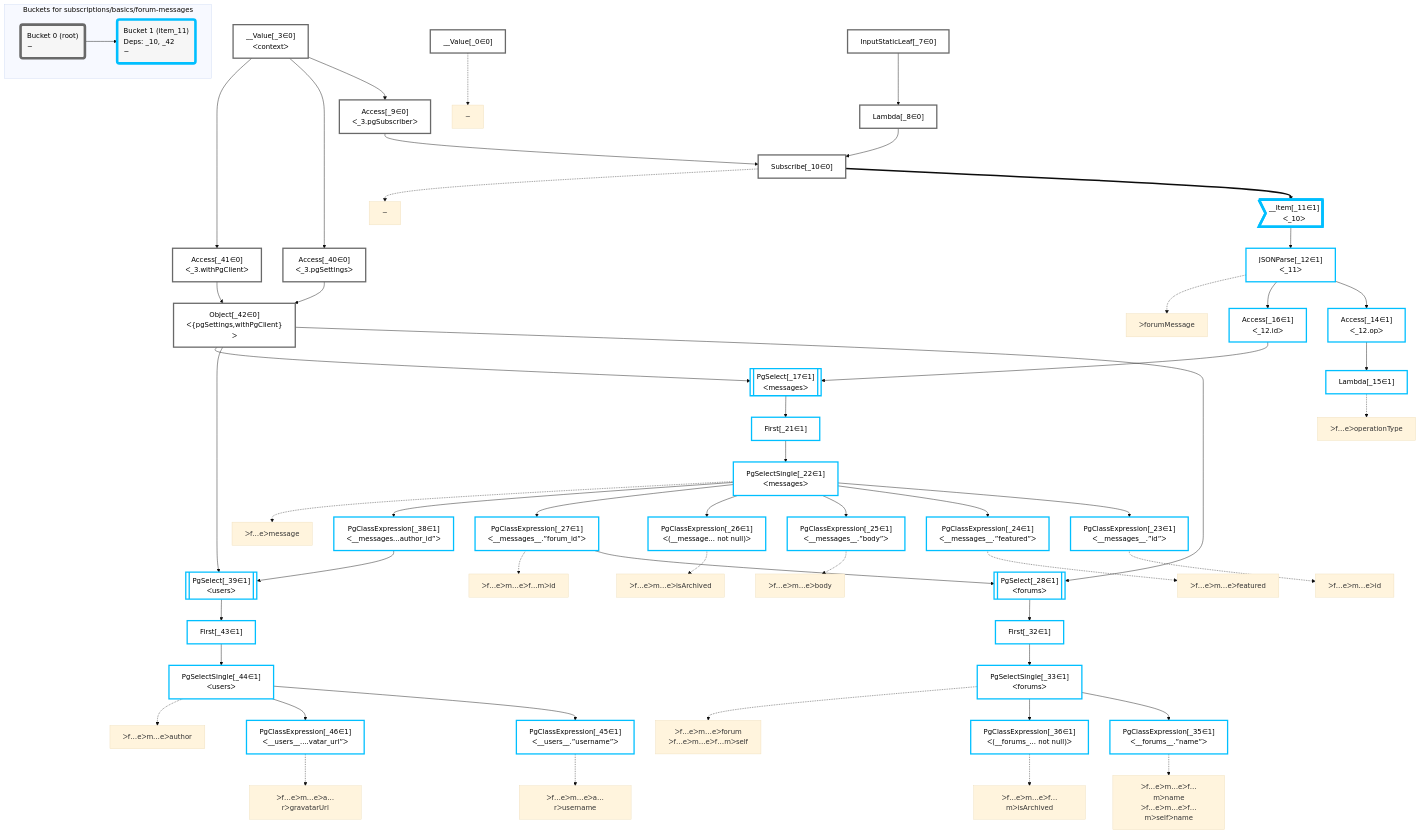
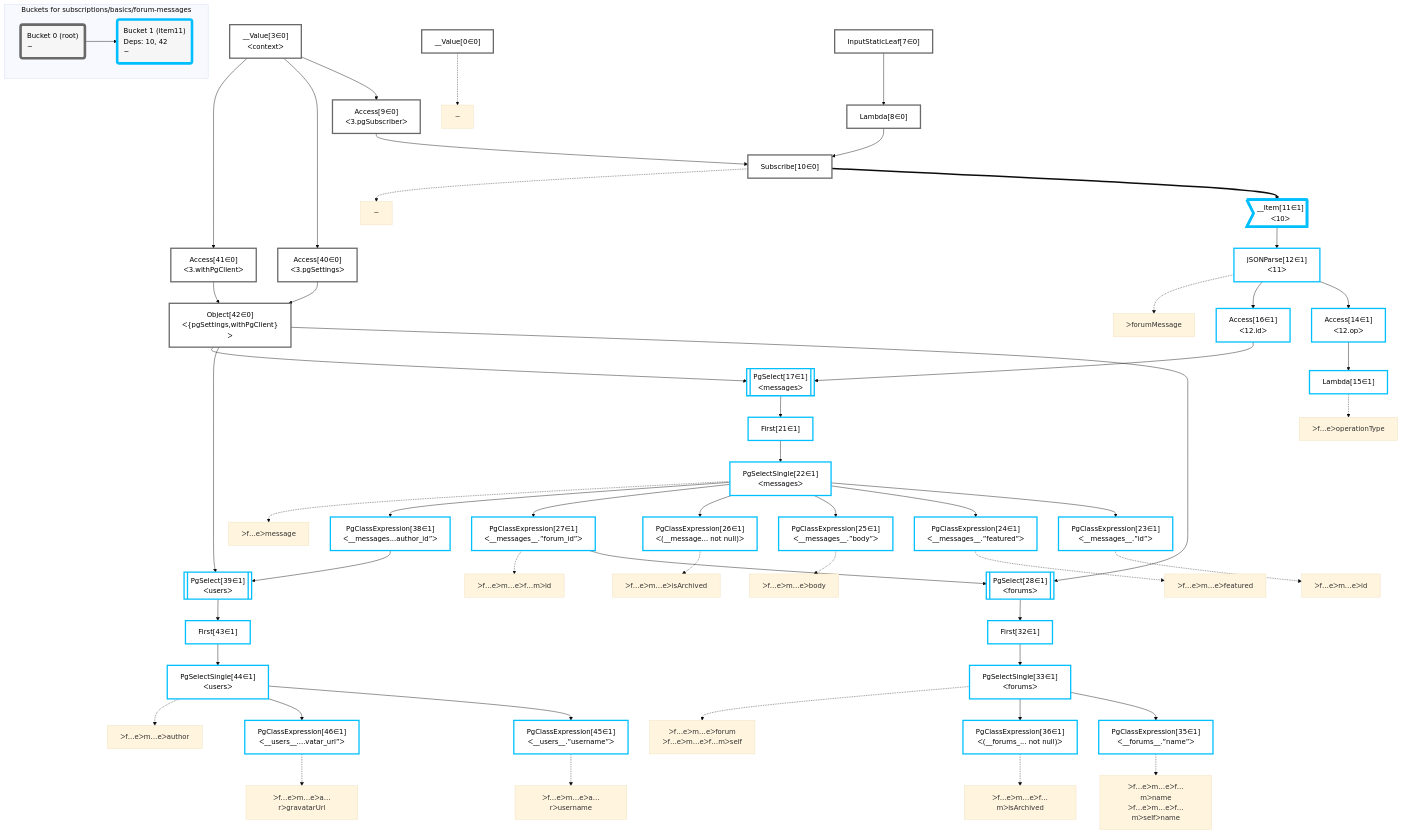
The diagram in packages/dataplan-pg/__tests__/subscriptions/basics/forum-messages.deopt.mermaid.md (graphile/crystal), drawn with Mermaid (base theme) before and after one commit. The commit also changed 195 other files, not shown here.

````diff
--- a/packages/dataplan-pg/__tests__/subscriptions/basics/forum-messages.deopt.mermaid.md
+++ b/packages/dataplan-pg/__tests__/subscriptions/basics/forum-messages.deopt.mermaid.md
@@ -8,113 +8,113 @@
 
 
     %% define plans
-    __Value_0["__Value[_0∈0]"]:::plan
-    Lambda_15["Lambda[_15∈1]"]:::plan
-    Access_14["Access[_14∈1]<br />ᐸ_12.opᐳ"]:::plan
-    PgClassExpression_23["PgClassExpression[_23∈1]<br />ᐸ__messages__.”id”ᐳ"]:::plan
-    PgClassExpression_24["PgClassExpression[_24∈1]<br />ᐸ__messages__.”featured”ᐳ"]:::plan
-    PgClassExpression_25["PgClassExpression[_25∈1]<br />ᐸ__messages__.”body”ᐳ"]:::plan
-    PgClassExpression_26["PgClassExpression[_26∈1]<br />ᐸ(__message... not null)ᐳ"]:::plan
-    PgClassExpression_35["PgClassExpression[_35∈1]<br />ᐸ__forums__.”name”ᐳ"]:::plan
-    PgClassExpression_36["PgClassExpression[_36∈1]<br />ᐸ(__forums_... not null)ᐳ"]:::plan
-    PgSelectSingle_33["PgSelectSingle[_33∈1]<br />ᐸforumsᐳ"]:::plan
-    First_32["First[_32∈1]"]:::plan
-    PgSelect_28[["PgSelect[_28∈1]<br />ᐸforumsᐳ"]]:::plan
-    PgClassExpression_27["PgClassExpression[_27∈1]<br />ᐸ__messages__.”forum_id”ᐳ"]:::plan
-    PgClassExpression_45["PgClassExpression[_45∈1]<br />ᐸ__users__.”username”ᐳ"]:::plan
-    PgClassExpression_46["PgClassExpression[_46∈1]<br />ᐸ__users__....vatar_url”ᐳ"]:::plan
-    PgSelectSingle_44["PgSelectSingle[_44∈1]<br />ᐸusersᐳ"]:::plan
-    First_43["First[_43∈1]"]:::plan
-    PgSelect_39[["PgSelect[_39∈1]<br />ᐸusersᐳ"]]:::plan
-    PgClassExpression_38["PgClassExpression[_38∈1]<br />ᐸ__messages...author_id”ᐳ"]:::plan
-    PgSelectSingle_22["PgSelectSingle[_22∈1]<br />ᐸmessagesᐳ"]:::plan
-    First_21["First[_21∈1]"]:::plan
-    PgSelect_17[["PgSelect[_17∈1]<br />ᐸmessagesᐳ"]]:::plan
-    Access_16["Access[_16∈1]<br />ᐸ_12.idᐳ"]:::plan
-    JSONParse_12["JSONParse[_12∈1]<br />ᐸ_11ᐳ"]:::plan
-    __Item_11>"__Item[_11∈1]<br />ᐸ_10ᐳ"]:::itemplan
-    Subscribe_10["Subscribe[_10∈0]"]:::plan
-    Access_9["Access[_9∈0]<br />ᐸ_3.pgSubscriberᐳ"]:::plan
-    Object_42["Object[_42∈0]<br />ᐸ{pgSettings,withPgClient}ᐳ"]:::plan
-    Access_40["Access[_40∈0]<br />ᐸ_3.pgSettingsᐳ"]:::plan
-    Access_41["Access[_41∈0]<br />ᐸ_3.withPgClientᐳ"]:::plan
-    __Value_3["__Value[_3∈0]<br />ᐸcontextᐳ"]:::plan
-    Lambda_8["Lambda[_8∈0]"]:::plan
-    InputStaticLeaf_7["InputStaticLeaf[_7∈0]"]:::plan
+    __Value0["__Value[0∈0]"]:::plan
+    Lambda15["Lambda[15∈1]"]:::plan
+    Access14["Access[14∈1]<br />ᐸ12.opᐳ"]:::plan
+    PgClassExpression23["PgClassExpression[23∈1]<br />ᐸ__messages__.”id”ᐳ"]:::plan
+    PgClassExpression24["PgClassExpression[24∈1]<br />ᐸ__messages__.”featured”ᐳ"]:::plan
+    PgClassExpression25["PgClassExpression[25∈1]<br />ᐸ__messages__.”body”ᐳ"]:::plan
+    PgClassExpression26["PgClassExpression[26∈1]<br />ᐸ(__message... not null)ᐳ"]:::plan
+    PgClassExpression35["PgClassExpression[35∈1]<br />ᐸ__forums__.”name”ᐳ"]:::plan
+    PgClassExpression36["PgClassExpression[36∈1]<br />ᐸ(__forums_... not null)ᐳ"]:::plan
+    PgSelectSingle33["PgSelectSingle[33∈1]<br />ᐸforumsᐳ"]:::plan
+    First32["First[32∈1]"]:::plan
+    PgSelect28[["PgSelect[28∈1]<br />ᐸforumsᐳ"]]:::plan
+    PgClassExpression27["PgClassExpression[27∈1]<br />ᐸ__messages__.”forum_id”ᐳ"]:::plan
+    PgClassExpression45["PgClassExpression[45∈1]<br />ᐸ__users__.”username”ᐳ"]:::plan
+    PgClassExpression46["PgClassExpression[46∈1]<br />ᐸ__users__....vatar_url”ᐳ"]:::plan
+    PgSelectSingle44["PgSelectSingle[44∈1]<br />ᐸusersᐳ"]:::plan
+    First43["First[43∈1]"]:::plan
+    PgSelect39[["PgSelect[39∈1]<br />ᐸusersᐳ"]]:::plan
+    PgClassExpression38["PgClassExpression[38∈1]<br />ᐸ__messages...author_id”ᐳ"]:::plan
+    PgSelectSingle22["PgSelectSingle[22∈1]<br />ᐸmessagesᐳ"]:::plan
+    First21["First[21∈1]"]:::plan
+    PgSelect17[["PgSelect[17∈1]<br />ᐸmessagesᐳ"]]:::plan
+    Access16["Access[16∈1]<br />ᐸ12.idᐳ"]:::plan
+    JSONParse12["JSONParse[12∈1]<br />ᐸ11ᐳ"]:::plan
+    __Item11>"__Item[11∈1]<br />ᐸ10ᐳ"]:::itemplan
+    Subscribe10["Subscribe[10∈0]"]:::plan
+    Access9["Access[9∈0]<br />ᐸ3.pgSubscriberᐳ"]:::plan
+    Object42["Object[42∈0]<br />ᐸ{pgSettings,withPgClient}ᐳ"]:::plan
+    Access40["Access[40∈0]<br />ᐸ3.pgSettingsᐳ"]:::plan
+    Access41["Access[41∈0]<br />ᐸ3.withPgClientᐳ"]:::plan
+    __Value3["__Value[3∈0]<br />ᐸcontextᐳ"]:::plan
+    Lambda8["Lambda[8∈0]"]:::plan
+    InputStaticLeaf7["InputStaticLeaf[7∈0]"]:::plan
 
     %% plan dependencies
-    Access_14 --> Lambda_15
-    JSONParse_12 --> Access_14
-    PgSelectSingle_22 --> PgClassExpression_23
-    PgSelectSingle_22 --> PgClassExpression_24
-    PgSelectSingle_22 --> PgClassExpression_25
-    PgSelectSingle_22 --> PgClassExpression_26
-    PgSelectSingle_33 --> PgClassExpression_35
-    PgSelectSingle_33 --> PgClassExpression_36
-    First_32 --> PgSelectSingle_33
-    PgSelect_28 --> First_32
-    Object_42 & PgClassExpression_27 --> PgSelect_28
-    PgSelectSingle_22 --> PgClassExpression_27
-    PgSelectSingle_44 --> PgClassExpression_45
-    PgSelectSingle_44 --> PgClassExpression_46
-    First_43 --> PgSelectSingle_44
-    PgSelect_39 --> First_43
-    Object_42 & PgClassExpression_38 --> PgSelect_39
-    PgSelectSingle_22 --> PgClassExpression_38
-    First_21 --> PgSelectSingle_22
-    PgSelect_17 --> First_21
-    Object_42 & Access_16 --> PgSelect_17
-    JSONParse_12 --> Access_16
-    __Item_11 --> JSONParse_12
-    Subscribe_10 ==> __Item_11
-    Access_9 & Lambda_8 --> Subscribe_10
-    __Value_3 --> Access_9
-    Access_40 & Access_41 --> Object_42
-    __Value_3 --> Access_40
-    __Value_3 --> Access_41
-    InputStaticLeaf_7 --> Lambda_8
+    Access14 --> Lambda15
+    JSONParse12 --> Access14
+    PgSelectSingle22 --> PgClassExpression23
+    PgSelectSingle22 --> PgClassExpression24
+    PgSelectSingle22 --> PgClassExpression25
+    PgSelectSingle22 --> PgClassExpression26
+    PgSelectSingle33 --> PgClassExpression35
+    PgSelectSingle33 --> PgClassExpression36
+    First32 --> PgSelectSingle33
+    PgSelect28 --> First32
+    Object42 & PgClassExpression27 --> PgSelect28
+    PgSelectSingle22 --> PgClassExpression27
+    PgSelectSingle44 --> PgClassExpression45
+    PgSelectSingle44 --> PgClassExpression46
+    First43 --> PgSelectSingle44
+    PgSelect39 --> First43
+    Object42 & PgClassExpression38 --> PgSelect39
+    PgSelectSingle22 --> PgClassExpression38
+    First21 --> PgSelectSingle22
+    PgSelect17 --> First21
+    Object42 & Access16 --> PgSelect17
+    JSONParse12 --> Access16
+    __Item11 --> JSONParse12
+    Subscribe10 ==> __Item11
+    Access9 & Lambda8 --> Subscribe10
+    __Value3 --> Access9
+    Access40 & Access41 --> Object42
+    __Value3 --> Access40
+    __Value3 --> Access41
+    InputStaticLeaf7 --> Lambda8
 
     %% plan-to-path relationships
-    P_0["~"]
-    __Value_0 -.-> P_0
-    P_10["~"]
-    Subscribe_10 -.-> P_10
-    P_12["ᐳforumMessage"]
-    JSONParse_12 -.-> P_12
-    P_15["ᐳf…eᐳoperationType"]
-    Lambda_15 -.-> P_15
-    P_22["ᐳf…eᐳmessage"]
-    PgSelectSingle_22 -.-> P_22
-    P_23["ᐳf…eᐳm…eᐳid"]
-    PgClassExpression_23 -.-> P_23
-    P_24["ᐳf…eᐳm…eᐳfeatured"]
-    PgClassExpression_24 -.-> P_24
-    P_25["ᐳf…eᐳm…eᐳbody"]
-    PgClassExpression_25 -.-> P_25
-    P_26["ᐳf…eᐳm…eᐳisArchived"]
-    PgClassExpression_26 -.-> P_26
-    P_27["ᐳf…eᐳm…eᐳf…mᐳid"]
-    PgClassExpression_27 -.-> P_27
-    P_33["ᐳf…eᐳm…eᐳforum<br />ᐳf…eᐳm…eᐳf…mᐳself"]
-    PgSelectSingle_33 -.-> P_33
-    P_35["ᐳf…eᐳm…eᐳf…mᐳname<br />ᐳf…eᐳm…eᐳf…mᐳselfᐳname"]
-    PgClassExpression_35 -.-> P_35
-    P_36["ᐳf…eᐳm…eᐳf…mᐳisArchived"]
-    PgClassExpression_36 -.-> P_36
-    P_44["ᐳf…eᐳm…eᐳauthor"]
-    PgSelectSingle_44 -.-> P_44
-    P_45["ᐳf…eᐳm…eᐳa…rᐳusername"]
-    PgClassExpression_45 -.-> P_45
-    P_46["ᐳf…eᐳm…eᐳa…rᐳgravatarUrl"]
-    PgClassExpression_46 -.-> P_46
+    P0["~"]
+    __Value0 -.-> P0
+    P10["~"]
+    Subscribe10 -.-> P10
+    P12["ᐳforumMessage"]
+    JSONParse12 -.-> P12
+    P15["ᐳf…eᐳoperationType"]
+    Lambda15 -.-> P15
+    P22["ᐳf…eᐳmessage"]
+    PgSelectSingle22 -.-> P22
+    P23["ᐳf…eᐳm…eᐳid"]
+    PgClassExpression23 -.-> P23
+    P24["ᐳf…eᐳm…eᐳfeatured"]
+    PgClassExpression24 -.-> P24
+    P25["ᐳf…eᐳm…eᐳbody"]
+    PgClassExpression25 -.-> P25
+    P26["ᐳf…eᐳm…eᐳisArchived"]
+    PgClassExpression26 -.-> P26
+    P27["ᐳf…eᐳm…eᐳf…mᐳid"]
+    PgClassExpression27 -.-> P27
+    P33["ᐳf…eᐳm…eᐳforum<br />ᐳf…eᐳm…eᐳf…mᐳself"]
+    PgSelectSingle33 -.-> P33
+    P35["ᐳf…eᐳm…eᐳf…mᐳname<br />ᐳf…eᐳm…eᐳf…mᐳselfᐳname"]
+    PgClassExpression35 -.-> P35
+    P36["ᐳf…eᐳm…eᐳf…mᐳisArchived"]
+    PgClassExpression36 -.-> P36
+    P44["ᐳf…eᐳm…eᐳauthor"]
+    PgSelectSingle44 -.-> P44
+    P45["ᐳf…eᐳm…eᐳa…rᐳusername"]
+    PgClassExpression45 -.-> P45
+    P46["ᐳf…eᐳm…eᐳa…rᐳgravatarUrl"]
+    PgClassExpression46 -.-> P46
 
     subgraph "Buckets for subscriptions/basics/forum-messages"
     Bucket0("Bucket 0 (root)<br />~"):::bucket
     classDef bucket0 stroke:#696969
-    class Bucket0,__Value_0,__Value_3,InputStaticLeaf_7,Lambda_8,Access_9,Subscribe_10,Access_40,Access_41,Object_42 bucket0
-    Bucket1("Bucket 1 (item_11)<br />Deps: _10, _42<br />~"):::bucket
+    class Bucket0,__Value0,__Value3,InputStaticLeaf7,Lambda8,Access9,Subscribe10,Access40,Access41,Object42 bucket0
+    Bucket1("Bucket 1 (item11)<br />Deps: 10, 42<br />~"):::bucket
     classDef bucket1 stroke:#00bfff
-    class Bucket1,__Item_11,JSONParse_12,Access_14,Lambda_15,Access_16,PgSelect_17,First_21,PgSelectSingle_22,PgClassExpression_23,PgClassExpression_24,PgClassExpression_25,PgClassExpression_26,PgClassExpression_27,PgSelect_28,First_32,PgSelectSingle_33,PgClassExpression_35,PgClassExpression_36,PgClassExpression_38,PgSelect_39,First_43,PgSelectSingle_44,PgClassExpression_45,PgClassExpression_46 bucket1
+    class Bucket1,__Item11,JSONParse12,Access14,Lambda15,Access16,PgSelect17,First21,PgSelectSingle22,PgClassExpression23,PgClassExpression24,PgClassExpression25,PgClassExpression26,PgClassExpression27,PgSelect28,First32,PgSelectSingle33,PgClassExpression35,PgClassExpression36,PgClassExpression38,PgSelect39,First43,PgSelectSingle44,PgClassExpression45,PgClassExpression46 bucket1
     Bucket0 --> Bucket1
     end
 ```
````
